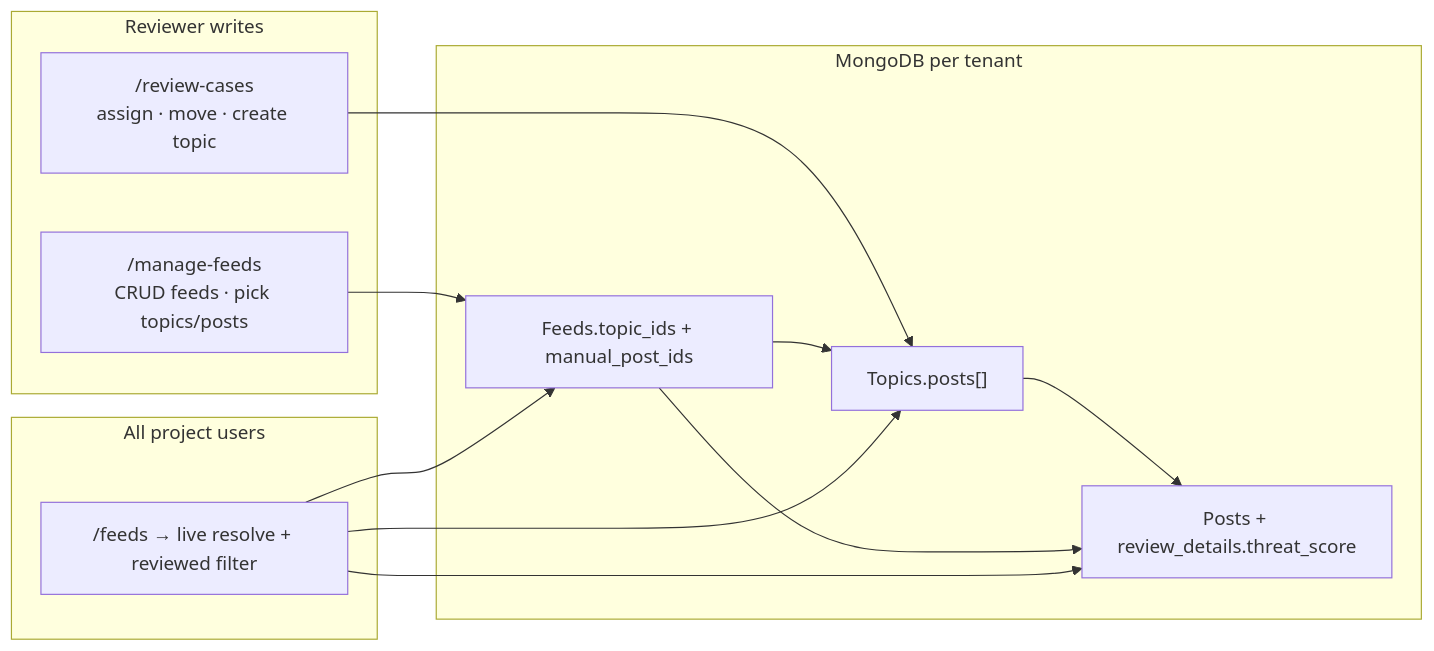
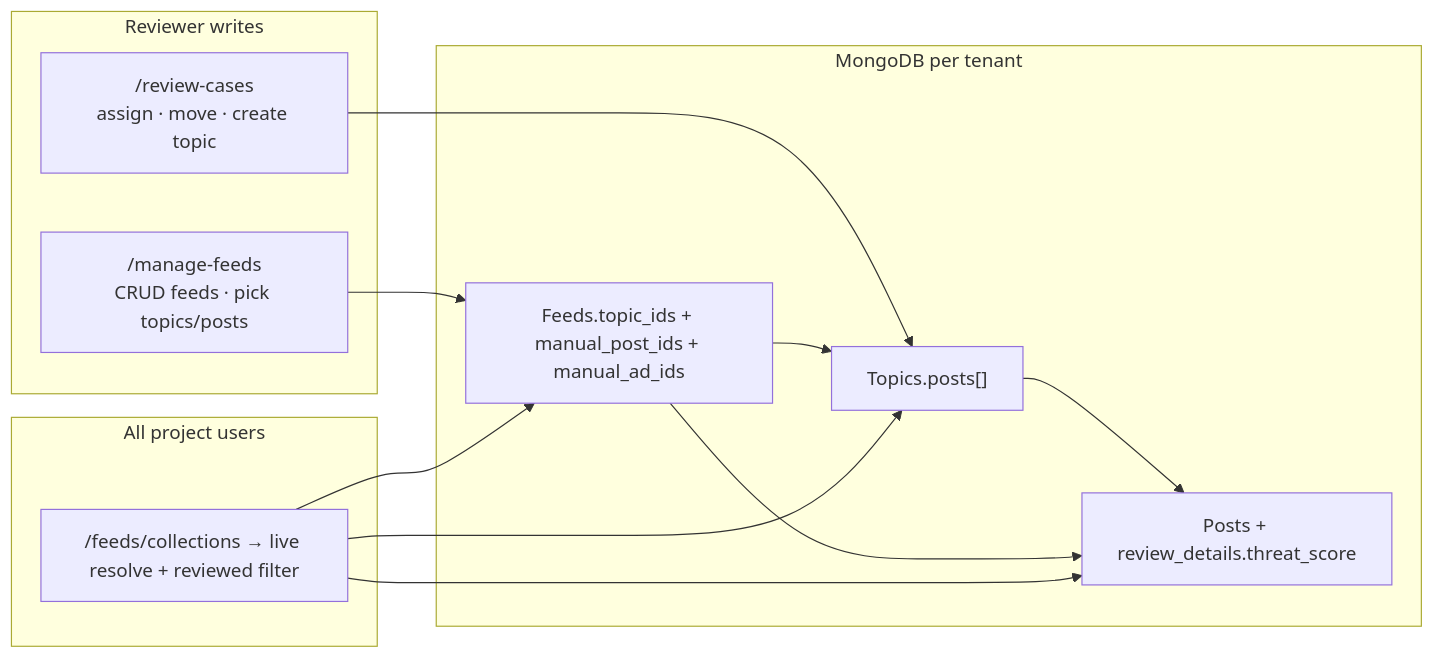
The first of 2 diagrams in docs/feeds/manage-feeds-implementation-review.md (contrailsai/overwatch_ui), drawn with Mermaid before and after one commit. The commit also changed other lines of this file and 3 other files, not shown here.

First line of the commit message:
Document current surfaces, nexus queries, and the feeds topic map.

````diff
--- a/docs/feeds/manage-feeds-implementation-review.md
+++ b/docs/feeds/manage-feeds-implementation-review.md
@@ -37,26 +38,26 @@
 ```mermaid
 flowchart LR
   subgraph writes [Reviewer writes]
     RC["/review-cases<br/>assign · move · create topic"]
     MF["/manage-feeds<br/>CRUD feeds · pick topics/posts"]
   end
 
   subgraph data [MongoDB per tenant]
     Topics["Topics.posts[]"]
-    Feeds["Feeds.topic_ids + manual_post_ids"]
+    Feeds["Feeds.topic_ids + manual_post_ids + manual_ad_ids"]
     Posts["Posts + review_details.threat_score"]
   end
 
   subgraph reads [All project users]
-    CF["/feeds → live resolve + reviewed filter"]
+    CF["/feeds/collections → live resolve + reviewed filter"]
   end
 
   RC --> Topics
   MF --> Feeds
   Feeds --> Topics
   Topics --> Posts
   Feeds --> Posts
   CF --> Feeds
   CF --> Topics
   CF --> Posts
 ```
````
